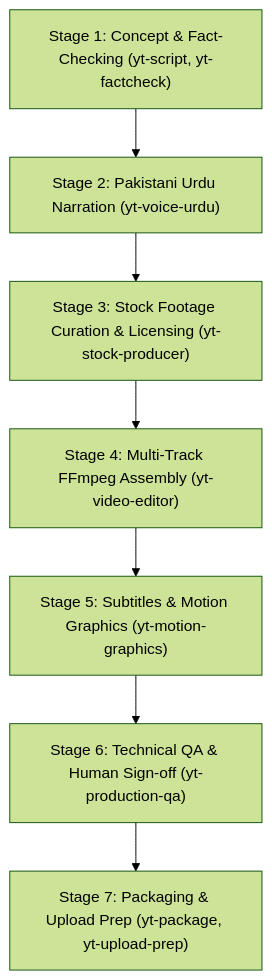
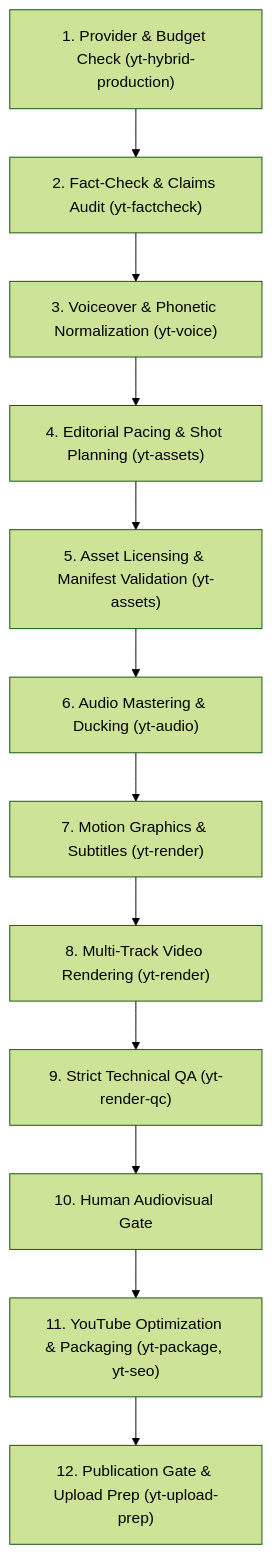
Before and after one commit to islamically85-byte/youtube-agent-skill: the diagram in skills/yt-studio/SKILL.md, drawn with Mermaid (forest theme). The commit also changed other lines of this file and 46 other files, not shown here.

````diff
--- a/skills/yt-studio/SKILL.md
+++ b/skills/yt-studio/SKILL.md
@@ -12,9 +12,14 @@
 ```mermaid
 flowchart TD
-    A["Stage 1: Concept & Fact-Checking (yt-script, yt-factcheck)"] --> B["Stage 2: Pakistani Urdu Narration (yt-voice-urdu)"]
-    B --> C["Stage 3: Stock Footage Curation & Licensing (yt-stock-producer)"]
-    C --> D["Stage 4: Multi-Track FFmpeg Assembly (yt-video-editor)"]
-    D --> E["Stage 5: Subtitles & Motion Graphics (yt-motion-graphics)"]
-    E --> F["Stage 6: Technical QA & Human Sign-off (yt-production-qa)"]
-    F --> G["Stage 7: Packaging & Upload Prep (yt-package, yt-upload-prep)"]
+    S1["1. Provider & Budget Check (yt-hybrid-production)"] --> S2["2. Fact-Check & Claims Audit (yt-factcheck)"]
+    S2 --> S3["3. Voiceover & Phonetic Normalization (yt-voice)"]
+    S3 --> S4["4. Editorial Pacing & Shot Planning (yt-assets)"]
+    S4 --> S5["5. Asset Licensing & Manifest Validation (yt-assets)"]
+    S5 --> S6["6. Audio Mastering & Ducking (yt-audio)"]
+    S6 --> S7["7. Motion Graphics & Subtitles (yt-render)"]
+    S7 --> S8["8. Multi-Track Video Rendering (yt-render)"]
+    S8 --> S9["9. Strict Technical QA (yt-render-qc)"]
+    S9 --> S10["10. Human Audiovisual Gate"]
+    S10 --> S11["11. YouTube Optimization & Packaging (yt-package, yt-seo)"]
+    S11 --> S12["12. Publication Gate & Upload Prep (yt-upload-prep)"]
 ```
````
